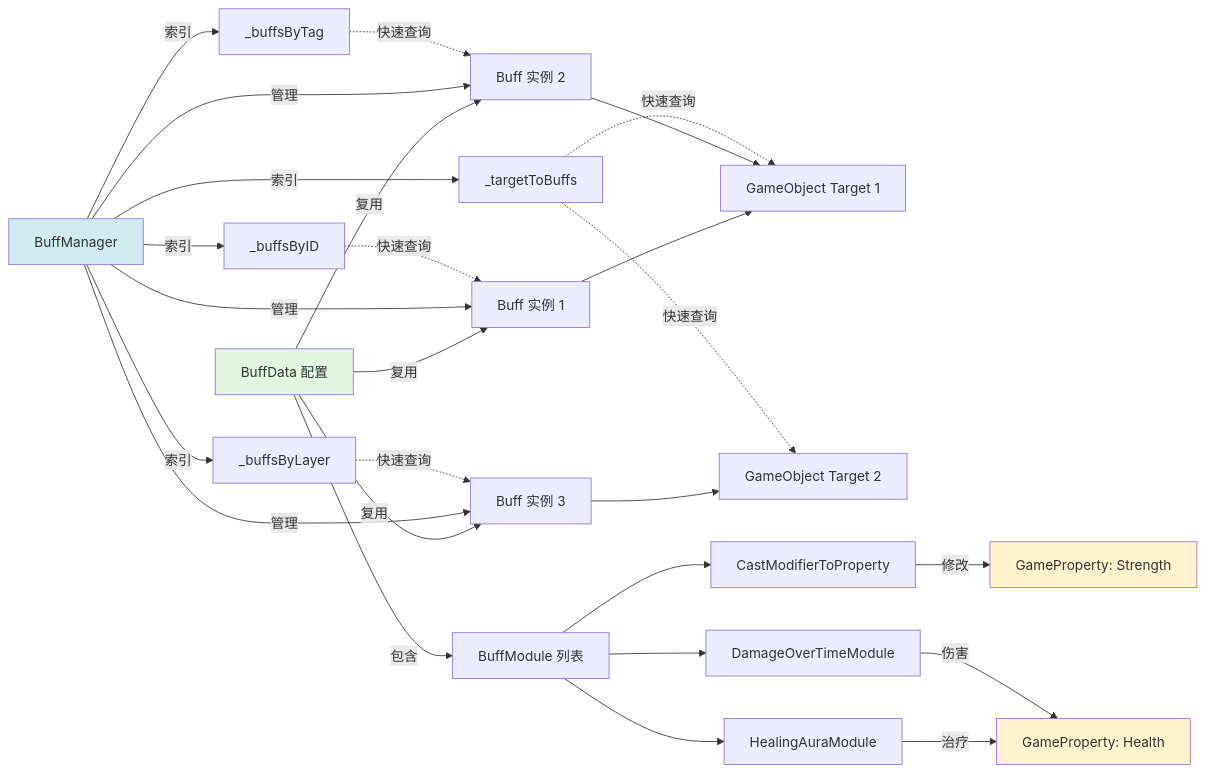
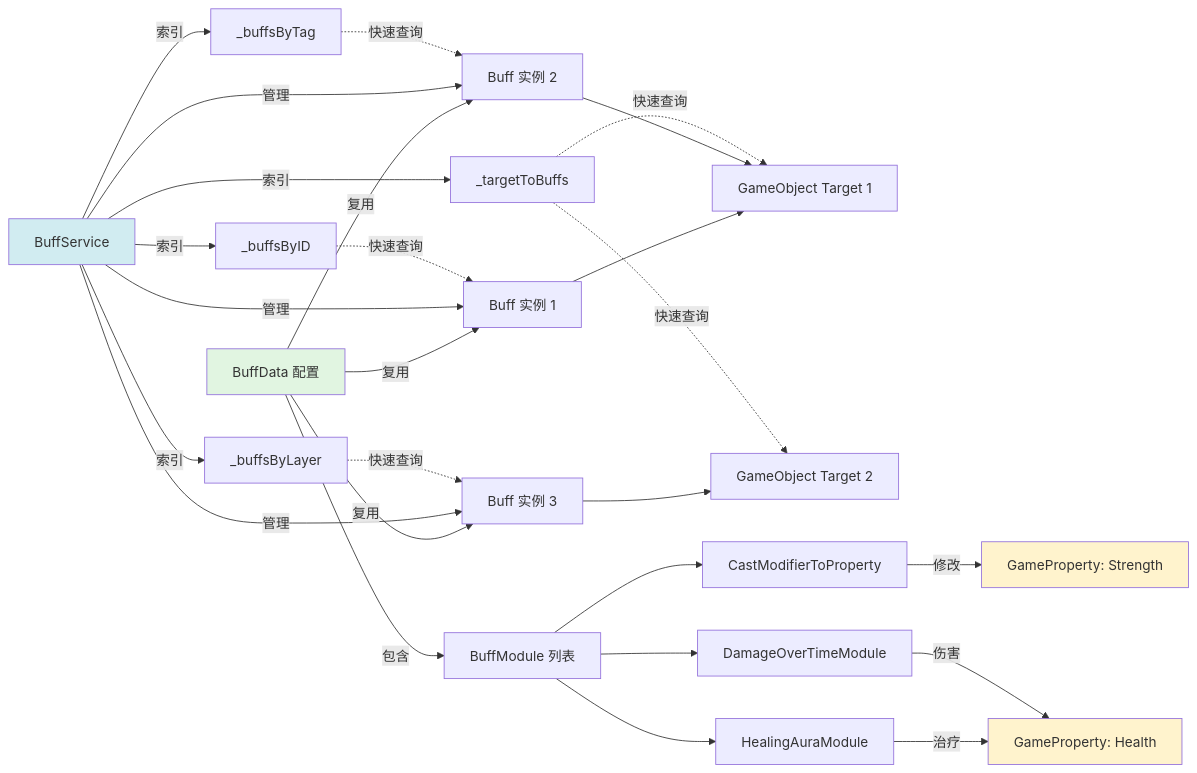
One commit to CutrelyAlex/UnityEasyPack changed the seventh of 7 diagrams in 03_CoreSystems/Buff/Document/Diagrams.md. Above: the diagram before and after it, drawn with Mermaid. The commit also changed other lines of this file and 5 other files, not shown here.

````diff
--- a/03_CoreSystems/Buff/Document/Diagrams.md
+++ b/03_CoreSystems/Buff/Document/Diagrams.md
@@ -543,39 +543,39 @@
 ```mermaid
 flowchart LR
     BuffData[BuffData 配置] -->|复用| Buff1[Buff 实例 1]
     BuffData -->|复用| Buff2[Buff 实例 2]
     BuffData -->|复用| Buff3[Buff 实例 3]
 
     Buff1 --> Target1[GameObject Target 1]
     Buff2 --> Target1
     Buff3 --> Target2[GameObject Target 2]
 
     BuffData -->|包含| Modules[BuffModule 列表]
     Modules --> Module1[CastModifierToProperty]
     Modules --> Module2[HealingAuraModule]
     Modules --> Module3[DamageOverTimeModule]
 
     Module1 -->|修改| Property1[GameProperty: Strength]
     Module2 -->|治疗| Property2[GameProperty: Health]
     Module3 -->|伤害| Property2
 
-    BuffManager[BuffManager] -->|管理| Buff1
-    BuffManager -->|管理| Buff2
-    BuffManager -->|管理| Buff3
+    BuffService[BuffService] -->|管理| Buff1
+    BuffService -->|管理| Buff2
+    BuffService -->|管理| Buff3
 
-    BuffManager -->|索引| Index1[_targetToBuffs]
-    BuffManager -->|索引| Index2[_buffsByID]
-    BuffManager -->|索引| Index3[_buffsByTag]
-    BuffManager -->|索引| Index4[_buffsByLayer]
+    BuffService -->|索引| Index1[_targetToBuffs]
+    BuffService -->|索引| Index2[_buffsByID]
+    BuffService -->|索引| Index3[_buffsByTag]
+    BuffService -->|索引| Index4[_buffsByLayer]
 
     Index1 -.快速查询.-> Target1
     Index1 -.快速查询.-> Target2
     Index2 -.快速查询.-> Buff1
     Index3 -.快速查询.-> Buff2
     Index4 -.快速查询.-> Buff3
 
     style BuffData fill:#e1f5e1
-    style BuffManager fill:#d1ecf1
+    style BuffService fill:#d1ecf1
     style Property1 fill:#fff3cd
     style Property2 fill:#fff3cd
 ```
````
